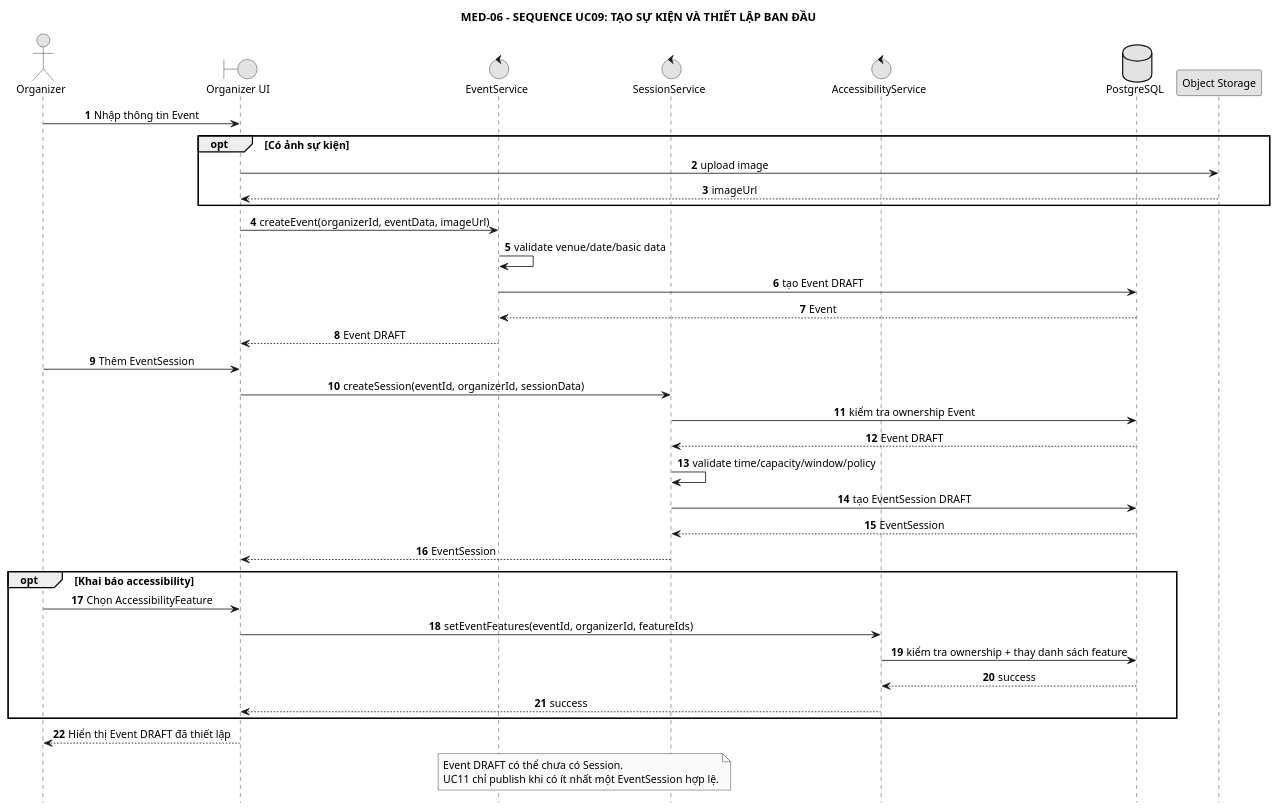
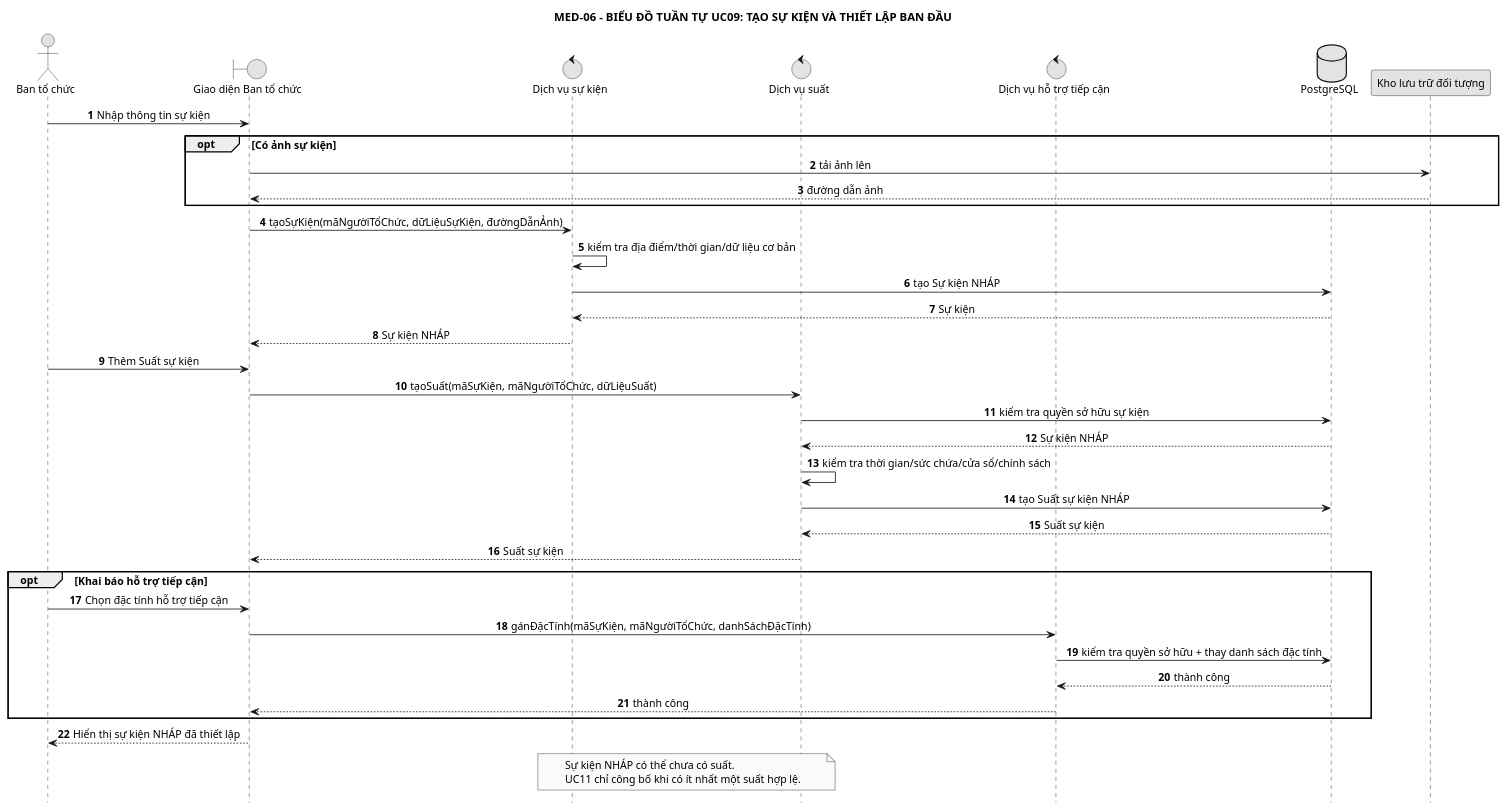
One commit to anh632k-ui/OOP-DoAn changed the diagram in PTTK/05_Sequence/05-uc09-create-event.puml. Above: the diagram before and after it, drawn with PlantUML.

Commit message:
docs(tv): Việt hóa sơ đồ PTTK động

```diff
--- a/PTTK/05_Sequence/05-uc09-create-event.puml
+++ b/PTTK/05_Sequence/05-uc09-create-event.puml
@@ -1,57 +1,56 @@
 @startuml
 skinparam monochrome true
 skinparam shadowing false
 skinparam defaultFontSize 13
 skinparam sequenceMessageAlign center
 skinparam responseMessageBelowArrow true
 hide footbox
 
-title MED-06 - SEQUENCE UC09: TẠO SỰ KIỆN VÀ THIẾT LẬP BAN ĐẦU
+title MED-06 - BIỂU ĐỒ TUẦN TỰ UC09: TẠO SỰ KIỆN VÀ THIẾT LẬP BAN ĐẦU
 
-actor Organizer
-boundary "Organizer UI" as UI
-control "EventService" as ES
-control "SessionService" as SS
-control "AccessibilityService" as ACS
-database "PostgreSQL" as DB
-participant "Object Storage" as OS
+actor "Ban tổ chức" as BTC
+boundary "Giao diện Ban tổ chức" as UI
+control "Dịch vụ sự kiện" as SK
+control "Dịch vụ suất" as SUAT
+control "Dịch vụ hỗ trợ tiếp cận" as HT
+database "PostgreSQL" as CSDL
+participant "Kho lưu trữ đối tượng" as KHO
 
 autonumber
-Organizer -> UI : Nhập thông tin Event
+BTC -> UI : Nhập thông tin sự kiện
 
 opt Có ảnh sự kiện
-  UI -> OS : upload image
-  OS --> UI : imageUrl
+  UI -> KHO : tải ảnh lên
+  KHO --> UI : đường dẫn ảnh
 end
 
-UI -> ES : createEvent(organizerId, eventData, imageUrl)
-ES -> ES : validate venue/date/basic data
-ES -> DB : tạo Event DRAFT
-DB --> ES : Event
-ES --> UI : Event DRAFT
+UI -> SK : tạoSựKiện(mãNgườiTổChức, dữLiệuSựKiện, đườngDẫnẢnh)
+SK -> SK : kiểm tra địa điểm/thời gian/dữ liệu cơ bản
+SK -> CSDL : tạo Sự kiện NHÁP
+CSDL --> SK : Sự kiện
+SK --> UI : Sự kiện NHÁP
 
-Organizer -> UI : Thêm EventSession
-UI -> SS : createSession(eventId, organizerId, sessionData)
-SS -> DB : kiểm tra ownership Event
-DB --> SS : Event DRAFT
-SS -> SS : validate time/capacity/window/policy
-SS -> DB : tạo EventSession DRAFT
-DB --> SS : EventSession
-SS --> UI : EventSession
+BTC -> UI : Thêm Suất sự kiện
+UI -> SUAT : tạoSuất(mãSựKiện, mãNgườiTổChức, dữLiệuSuất)
+SUAT -> CSDL : kiểm tra quyền sở hữu sự kiện
+CSDL --> SUAT : Sự kiện NHÁP
+SUAT -> SUAT : kiểm tra thời gian/sức chứa/cửa sổ/chính sách
+SUAT -> CSDL : tạo Suất sự kiện NHÁP
+CSDL --> SUAT : Suất sự kiện
+SUAT --> UI : Suất sự kiện
 
-opt Khai báo accessibility
-  Organizer -> UI : Chọn AccessibilityFeature
-  UI -> ACS : setEventFeatures(eventId, organizerId, featureIds)
-  ACS -> DB : kiểm tra ownership + thay danh sách feature
-  DB --> ACS : success
-  ACS --> UI : success
+opt Khai báo hỗ trợ tiếp cận
+  BTC -> UI : Chọn đặc tính hỗ trợ tiếp cận
+  UI -> HT : gánĐặcTính(mãSựKiện, mãNgườiTổChức, danhSáchĐặcTính)
+  HT -> CSDL : kiểm tra quyền sở hữu + thay danh sách đặc tính
+  CSDL --> HT : thành công
+  HT --> UI : thành công
 end
 
-UI --> Organizer : Hiển thị Event DRAFT đã thiết lập
+UI --> BTC : Hiển thị sự kiện NHÁP đã thiết lập
 
-note over ES,SS
-Event DRAFT có thể chưa có Session.
-UC11 chỉ publish khi có ít nhất một EventSession hợp lệ.
+note over SK,SUAT
+Sự kiện NHÁP có thể chưa có suất.
+UC11 chỉ công bố khi có ít nhất một suất hợp lệ.
 end note
-
 @enduml
```
